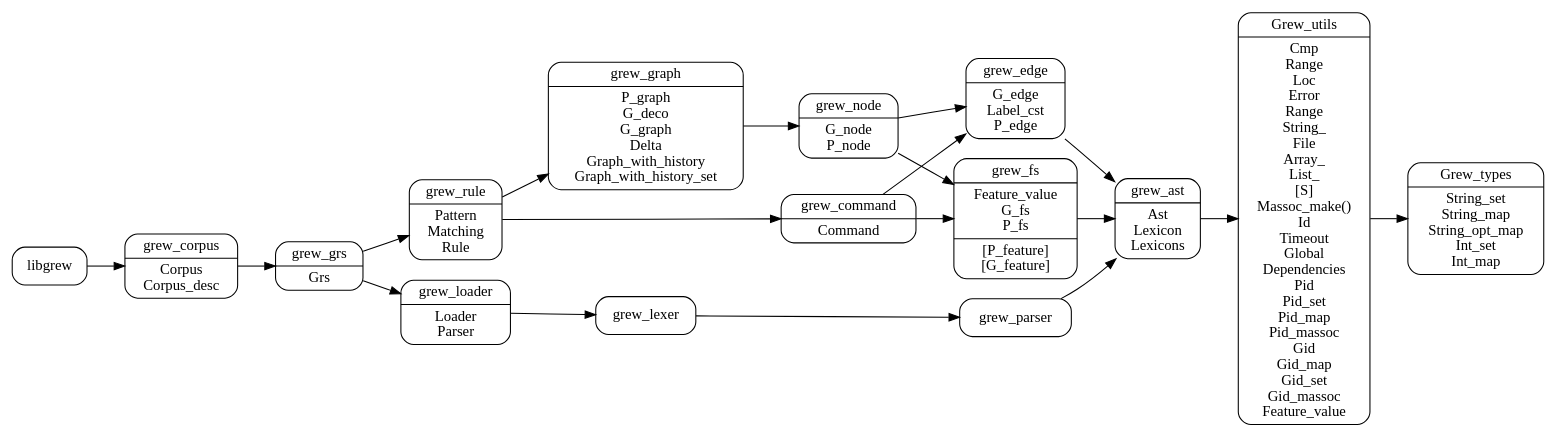
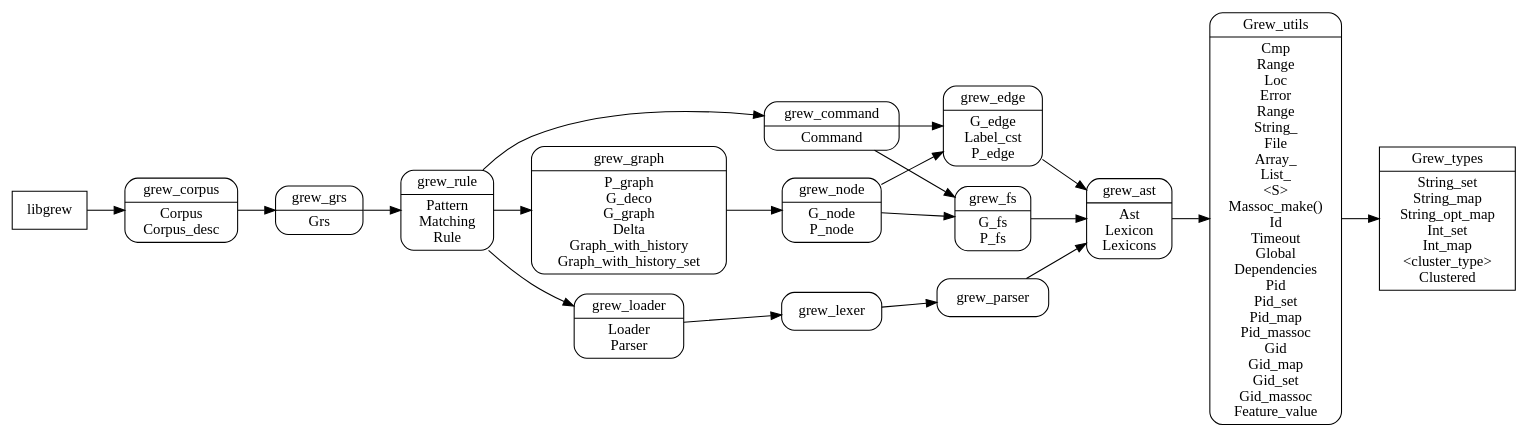
Before and after one commit to grew-nlp/grewlib: the diagram in dev/arch.dot, drawn with Graphviz. The commit also changed 8 other files, not shown here.

```diff
--- a/dev/arch.dot
+++ b/dev/arch.dot
@@ -1,32 +1,32 @@
 digraph grew {
   node [shape=Mrecord];
   rankdir = LR;
-  Grew_types [label="Grew_types|String_set\nString_map\nString_opt_map\nInt_set\nInt_map"]
-  Grew_utils [label="Grew_utils|Cmp\nRange\nLoc\nError\nRange\nString_\nFile\nArray_\nList_\n[S]\nMassoc_make()\nId\nTimeout\nGlobal\nDependencies\nPid\nPid_set\nPid_map\nPid_massoc\nGid\nGid_map\nGid_set\nGid_massoc\nFeature_value"]
+  Grew_types [fillcolor=yellow, shape=record, label="Grew_types|String_set\nString_map\nString_opt_map\nInt_set\nInt_map\n&lt;cluster_type&gt;\nClustered"]
+  Grew_utils [label="Grew_utils|Cmp\nRange\nLoc\nError\nRange\nString_\nFile\nArray_\nList_\n&lt;S&gt;\nMassoc_make()\nId\nTimeout\nGlobal\nDependencies\nPid\nPid_set\nPid_map\nPid_massoc\nGid\nGid_map\nGid_set\nGid_massoc\nFeature_value"]
   grew_ast [label="grew_ast|Ast\nLexicon\nLexicons"]
   grew_loader [label="grew_loader|Loader\nParser"]
-  grew_fs [label="grew_fs|Feature_value\nG_fs\nP_fs|[P_feature]\n[G_feature]"]
+  grew_fs [label="grew_fs|G_fs\nP_fs"]
   grew_edge [label="grew_edge|G_edge\nLabel_cst\nP_edge"]
   grew_node [label="grew_node|G_node\nP_node"]
   grew_command [label="grew_command|Command"]
   grew_graph [label="grew_graph|P_graph\nG_deco\nG_graph\nDelta\nGraph_with_history\nGraph_with_history_set"]
   grew_rule [label="grew_rule|Pattern\nMatching\nRule"]
   grew_grs [label="grew_grs|Grs"]
   grew_corpus [label="grew_corpus|Corpus\nCorpus_desc"]
-
+  libgrew [fillcolor=yellow, shape=record]
 grew_ast -> Grew_utils -> Grew_types
 grew_edge -> grew_ast
 grew_fs -> grew_ast
 grew_command -> grew_edge
 grew_command -> grew_fs
 grew_node -> grew_edge
 grew_node -> grew_fs
 grew_graph -> grew_node
 grew_rule -> grew_command
 grew_rule -> grew_graph
 grew_grs -> grew_rule
-grew_grs -> grew_loader -> grew_lexer -> grew_parser -> grew_ast
+grew_rule -> grew_loader -> grew_lexer -> grew_parser -> grew_ast
 grew_corpus -> grew_grs
 libgrew -> grew_corpus
 
 }
```
